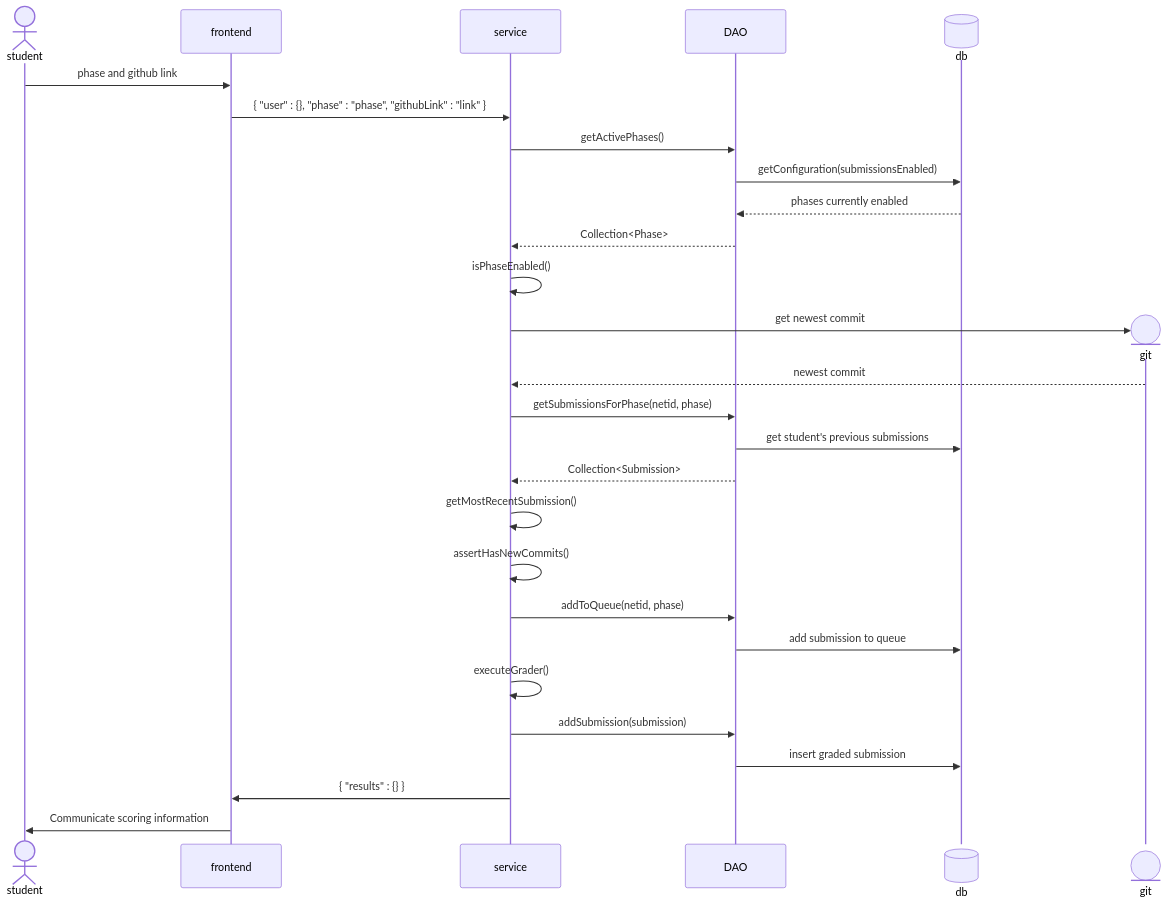
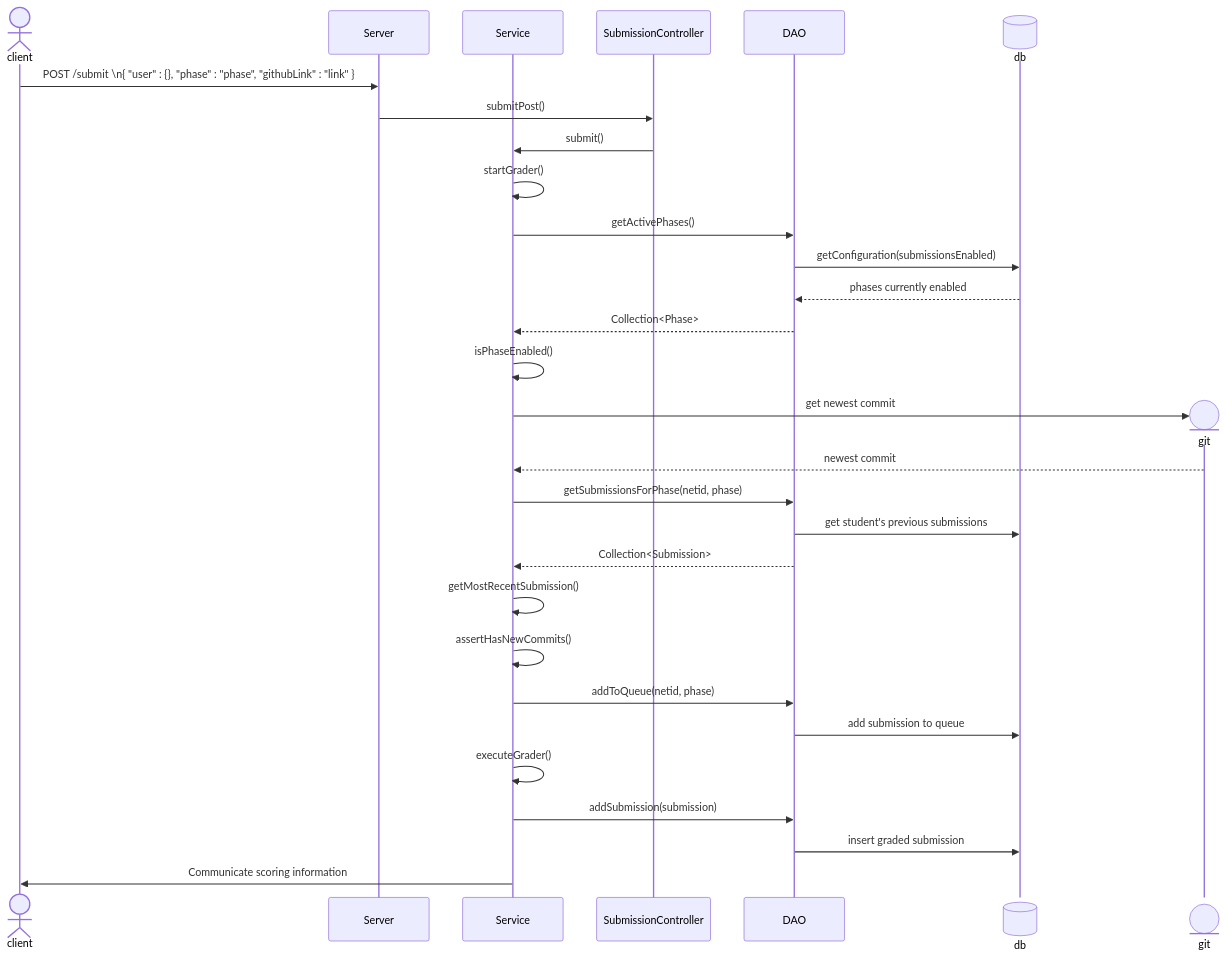
Before and after one commit to softwareconstruction240/autograder: the first of 3 diagrams in docs/overall-grading-flow.md, drawn with Mermaid. The commit also changed other lines of this file, not shown here.

Commit message:
Enhance wording and Scoring diagram

````diff
--- a/docs/overall-grading-flow.md
+++ b/docs/overall-grading-flow.md
@@ -21,32 +19,35 @@
 ```mermaid
 sequenceDiagram
-    actor student
-    participant frontend
-    participant service
+    actor client
+    participant Server
+    participant Service
+    participant SubmissionController
     participant dao as DAO
     participant db@{ "type" : "database" }
-    student->>frontend:phase and github link
-    frontend->>service:{ "user" : {}, "phase" : "phase", "githubLink" : "link" }
-    service->>dao:getActivePhases()
+    
+    client->>Server:POST /submit \n{ "user" : {}, "phase" : "phase", "githubLink" : "link" }
+    Server->>SubmissionController:submitPost()
+    SubmissionController->>Service:submit()
+    Service->>Service:startGrader()
+    Service->>dao:getActivePhases()
     dao->>db:getConfiguration(submissionsEnabled)
     db-->>dao:phases currently enabled
-    dao-->>service:Collection<Phase>
-    service->>service: isPhaseEnabled()
+    dao-->>Service:Collection<Phase>
+    Service->>Service:isPhaseEnabled()
     
     create participant git@{ "type" : "entity" }
-    service->>git:get newest commit
-    git-->>service:newest commit
-    service->>dao:getSubmissionsForPhase(netid, phase)
+    Service->>git:get newest commit
+    git-->>Service:newest commit
+    Service->>dao:getSubmissionsForPhase(netid, phase)
     dao->>db:get student's previous submissions
-    dao-->>service:Collection<Submission>
-    service->>service:getMostRecentSubmission()
-    service->>service:assertHasNewCommits()
+    dao-->>Service:Collection<Submission>
+    Service->>Service:getMostRecentSubmission()
+    Service->>Service:assertHasNewCommits()
     
-    service->>dao:addToQueue(netid, phase)
+    Service->>dao:addToQueue(netid, phase)
     dao->>db:add submission to queue
-    service->>service:executeGrader()
-    service->>dao:addSubmission(submission)
+    Service->>Service:executeGrader()
+    Service->>dao:addSubmission(submission)
     dao->>db:insert graded submission
-    service->>frontend:{ "results" : {} }
-    frontend->>student:Communicate scoring information
+    Service->>client:Communicate scoring information
 ```
````
